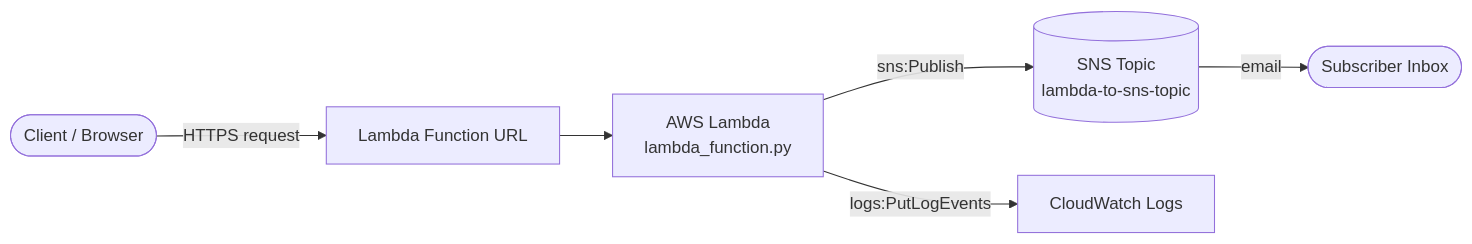
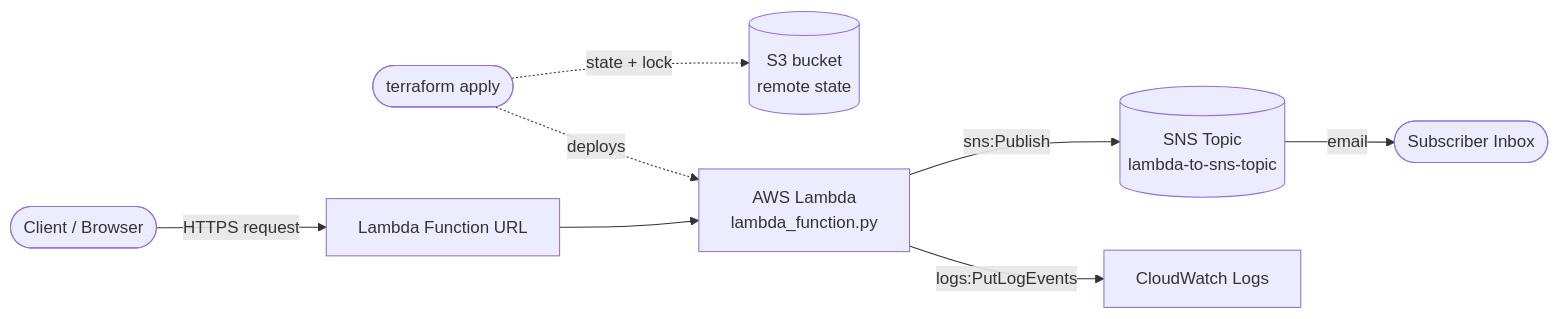
The diagram in README.md (BenjaminCooper-WAF/Lambda-SNS-Notification-Pipeline), drawn with Mermaid before and after one commit. The commit also changed other lines of this file and 4 other files, not shown here.

````diff
--- a/README.md
+++ b/README.md
@@ -20,8 +21,10 @@
 ```mermaid
 flowchart LR
+    T([terraform apply]) -.->|state + lock| S[("S3 bucket\nremote state")]
+    T -.->|deploys| C
     A([Client / Browser]) -->|HTTPS request| B["Lambda Function URL"]
     B --> C["AWS Lambda\nlambda_function.py"]
     C -->|sns:Publish| D[("SNS Topic\nlambda-to-sns-topic")]
     C -->|logs:PutLogEvents| E["CloudWatch Logs"]
     D -->|email| F([Subscriber Inbox])
 ```
````
